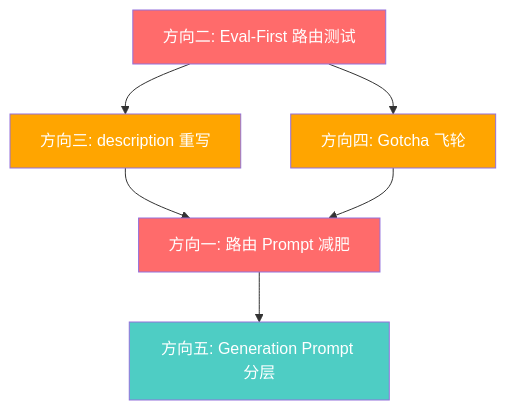
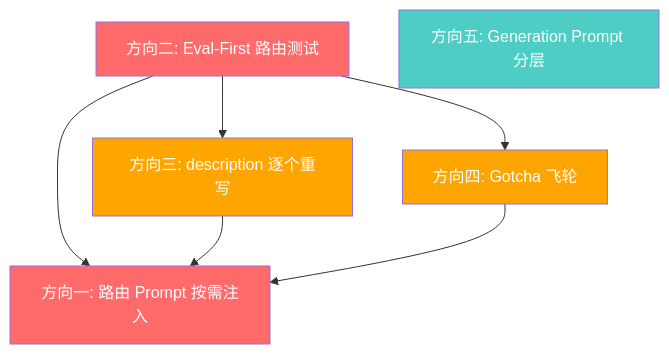
The diagram in docs/architecture-discussions/skill-architecture-upgrade.md (kanoha222/Laplace), drawn with Mermaid before and after one commit. The commit also changed other lines of this file, not shown here.

````diff
--- a/docs/architecture-discussions/skill-architecture-upgrade.md
+++ b/docs/architecture-discussions/skill-architecture-upgrade.md
@@ -285,14 +392,15 @@
 ```mermaid
 graph TD
-    A[方向二: Eval-First 路由测试] --> B[方向三: description 重写]
+    A[方向二: Eval-First 路由测试] --> B[方向三: description 逐个重写]
     A --> C[方向四: Gotcha 飞轮]
-    B --> D[方向一: 路由 Prompt 减肥]
+    A --> D[方向一: 路由 Prompt 按需注入]
+    B --> D
     C --> D
-    D --> E[方向五: Generation Prompt 分层]
+    E[方向五: Generation Prompt 分层]
     
     style A fill:#ff6b6b,color:#fff
     style D fill:#ff6b6b,color:#fff
     style B fill:#ffa500,color:#fff
     style C fill:#ffa500,color:#fff
     style E fill:#4ecdc4,color:#fff
 ```
````
